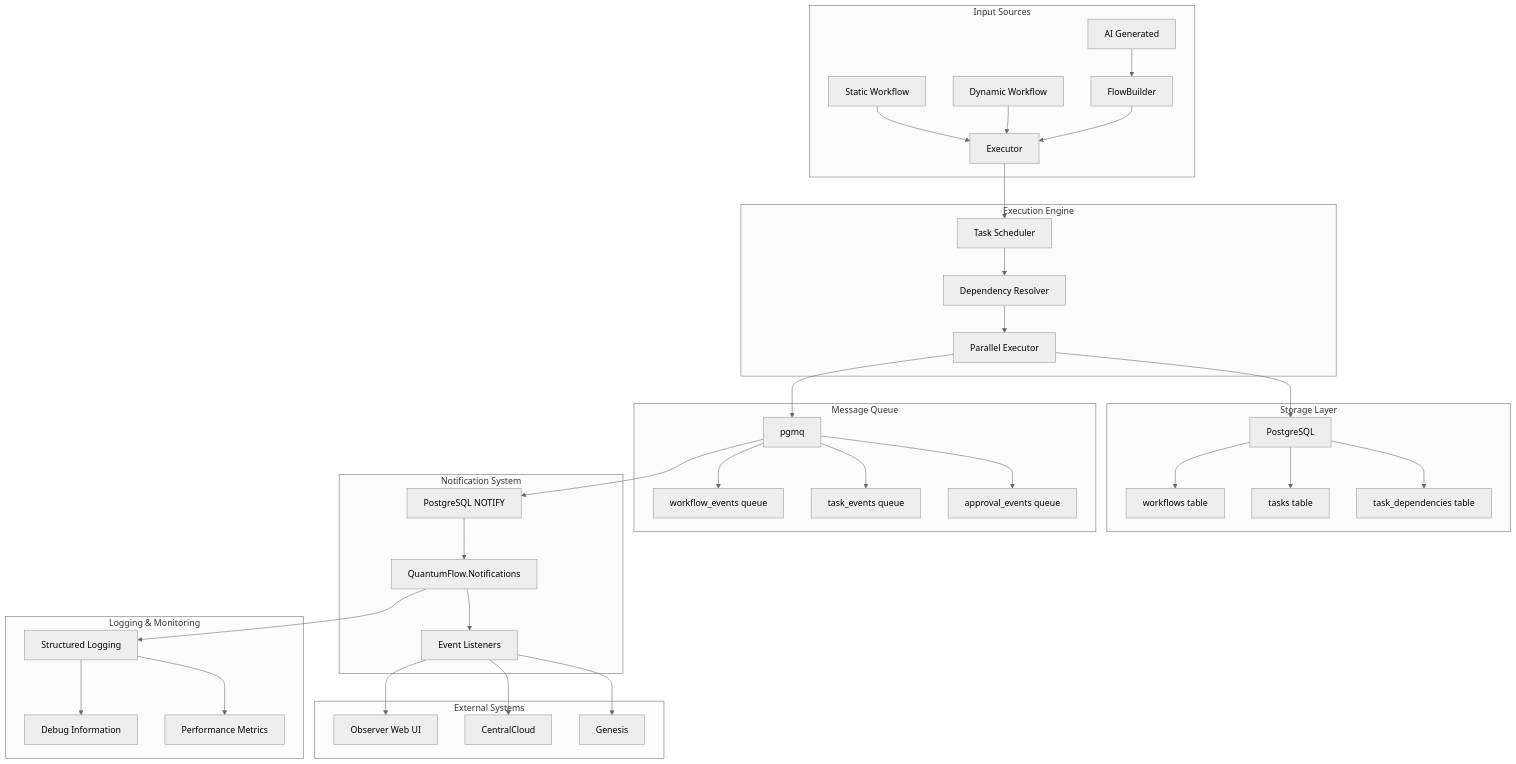
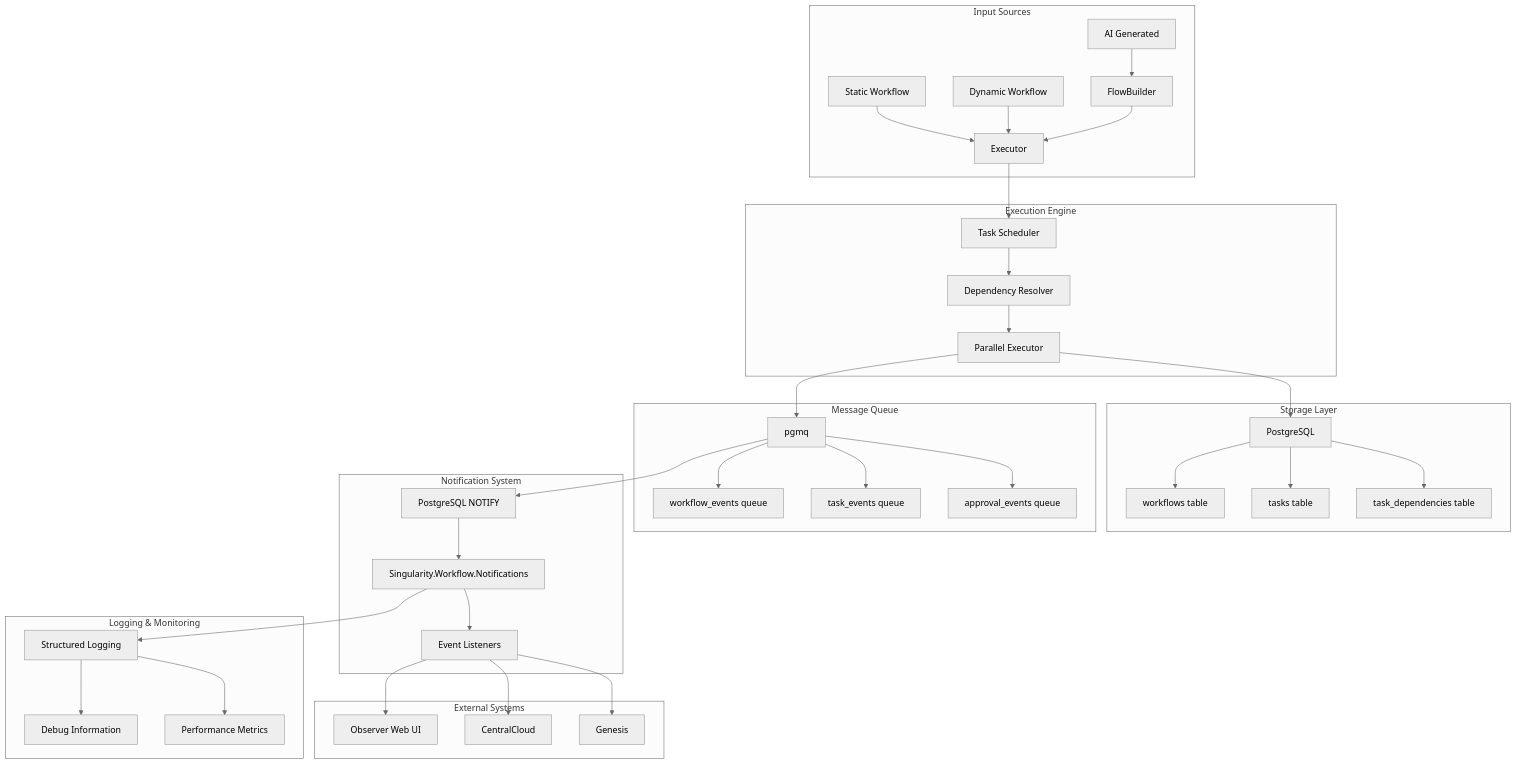
Before and after one commit to Singularity-ng/singularity-workflows: the seventh of 15 diagrams in docs/architecture_diagrams.md, drawn with Mermaid (neutral theme). The commit also changed other lines of this file and 146 other files, not shown here.

Commit message:
Rename QuantumFlow to Singularity.Workflow

````diff
--- a/docs/architecture_diagrams.md
+++ b/docs/architecture_diagrams.md
@@ -161,47 +161,47 @@
 ```mermaid
 flowchart TB
     subgraph "Input Sources"
         A[Static Workflow] --> C[Executor]
         B[Dynamic Workflow] --> C
         D[AI Generated] --> E[FlowBuilder]
         E --> C
     end
     
     subgraph "Execution Engine"
         C --> F[Task Scheduler]
         F --> G[Dependency Resolver]
         G --> H[Parallel Executor]
     end
     
     subgraph "Storage Layer"
         H --> I[PostgreSQL]
         I --> J[workflows table]
         I --> K[tasks table]
         I --> L[task_dependencies table]
     end
     
     subgraph "Message Queue"
         H --> M[pgmq]
         M --> N[workflow_events queue]
         M --> O[task_events queue]
         M --> P[approval_events queue]
     end
     
     subgraph "Notification System"
         M --> Q[PostgreSQL NOTIFY]
-        Q --> R[QuantumFlow.Notifications]
+        Q --> R[Singularity.Workflow.Notifications]
         R --> S[Event Listeners]
     end
     
     subgraph "External Systems"
         S --> T[Observer Web UI]
         S --> U[CentralCloud]
         S --> V[Genesis]
     end
     
     subgraph "Logging & Monitoring"
         R --> W[Structured Logging]
         W --> X[Debug Information]
         W --> Y[Performance Metrics]
     end
 ```
````
